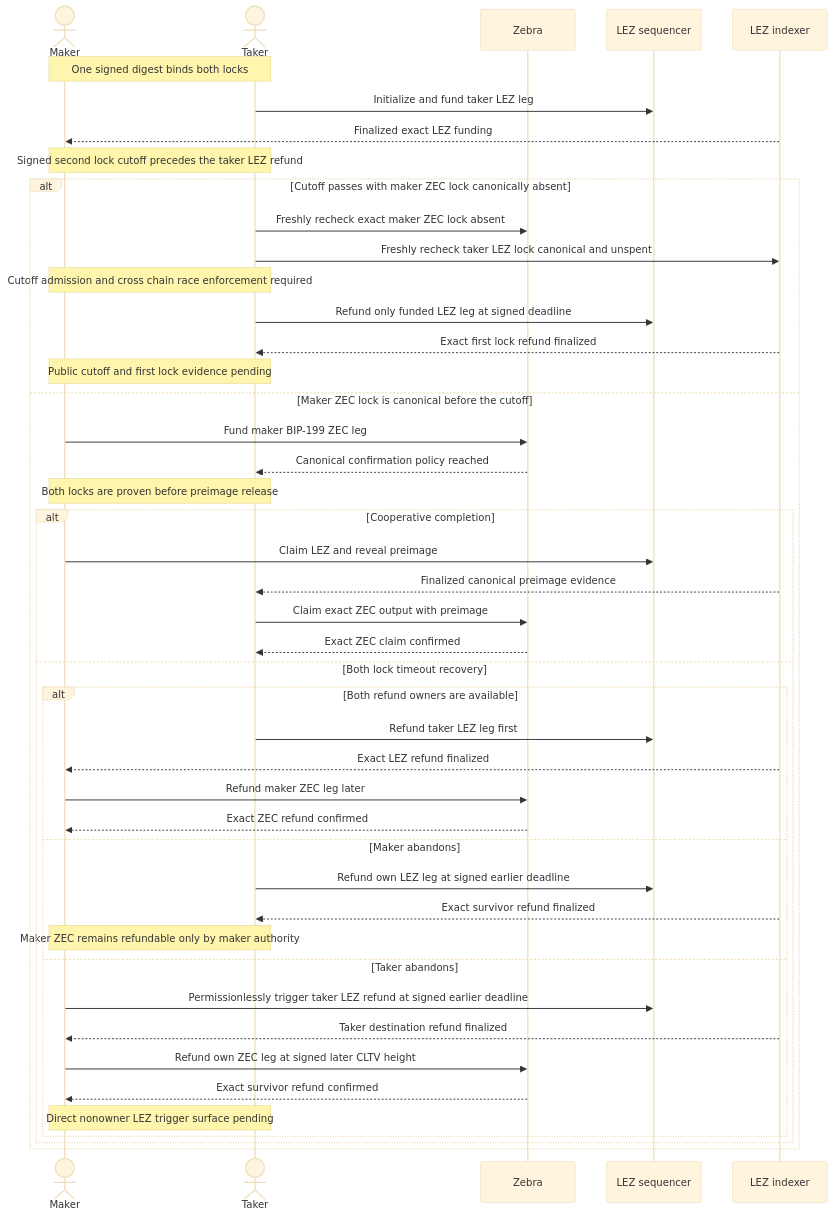
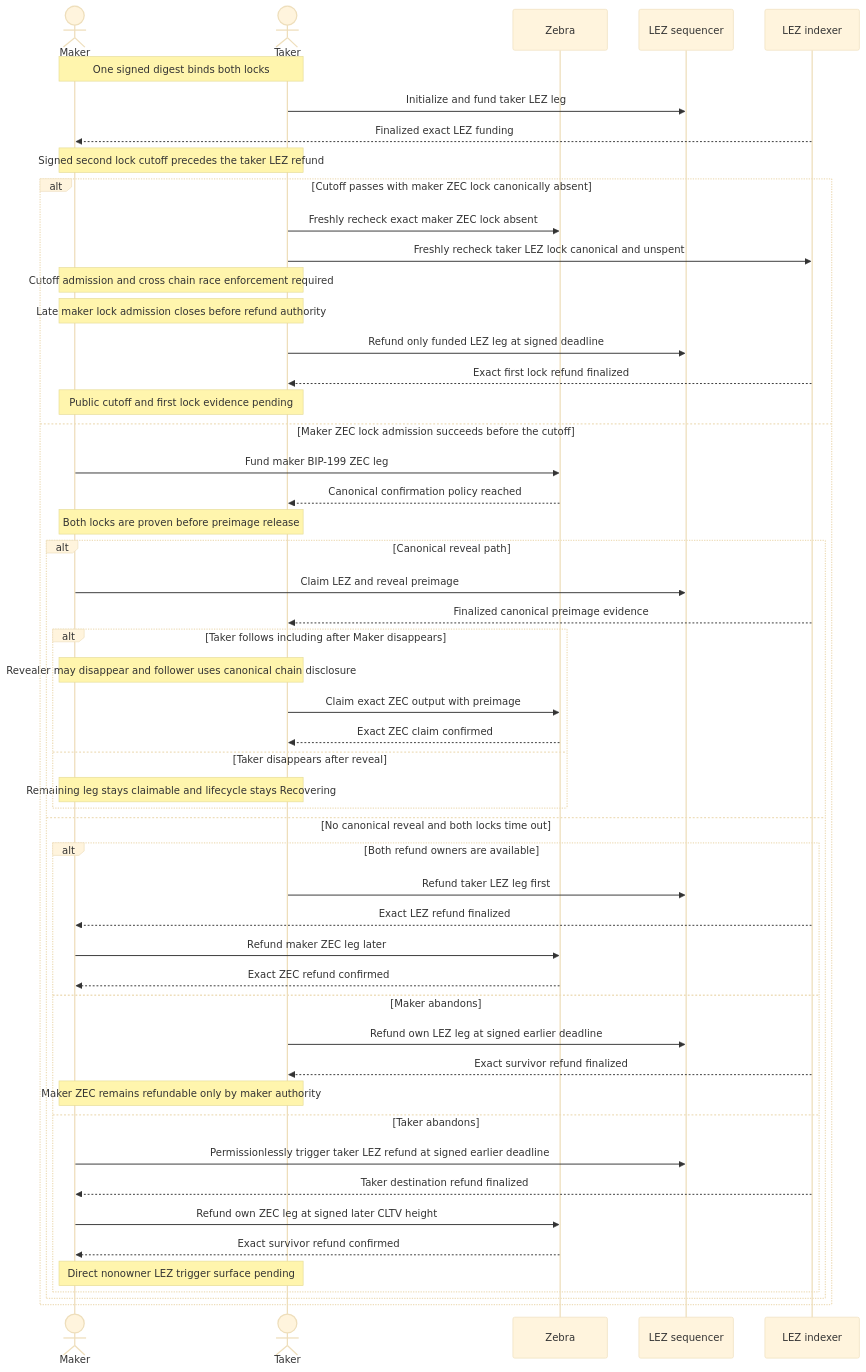
Diagram 15 of 21 in docs/architecture/system-architecture.md (gateway-fm/lez-atomic-swaps), drawn with Mermaid (base theme) before and after one commit. The commit also changed other lines of this file and 25 other files, not shown here.

Commit message:
feat: gate first-lock recovery on canonical absence

````diff
--- a/docs/architecture/system-architecture.md
+++ b/docs/architecture/system-architecture.md
@@ -1434,48 +1486,54 @@
 ```mermaid
 sequenceDiagram
     actor Maker
     actor Taker
     participant Zebra as Zebra
     participant LezSeq as LEZ sequencer
     participant LezIdx as LEZ indexer
 
     Note over Maker,Taker: One signed digest binds both locks
     Taker->>LezSeq: Initialize and fund taker LEZ leg
     LezIdx-->>Maker: Finalized exact LEZ funding
     Note over Maker,Taker: Signed second lock cutoff precedes the taker LEZ refund
     alt Cutoff passes with maker ZEC lock canonically absent
         Taker->>Zebra: Freshly recheck exact maker ZEC lock absent
         Taker->>LezIdx: Freshly recheck taker LEZ lock canonical and unspent
         Note over Maker,Taker: Cutoff admission and cross chain race enforcement required
+        Note over Maker,Taker: Late maker lock admission closes before refund authority
         Taker->>LezSeq: Refund only funded LEZ leg at signed deadline
         LezIdx-->>Taker: Exact first lock refund finalized
         Note over Maker,Taker: Public cutoff and first lock evidence pending
-    else Maker ZEC lock is canonical before the cutoff
+    else Maker ZEC lock admission succeeds before the cutoff
         Maker->>Zebra: Fund maker BIP-199 ZEC leg
         Zebra-->>Taker: Canonical confirmation policy reached
         Note over Maker,Taker: Both locks are proven before preimage release
-        alt Cooperative completion
+        alt Canonical reveal path
             Maker->>LezSeq: Claim LEZ and reveal preimage
             LezIdx-->>Taker: Finalized canonical preimage evidence
-            Taker->>Zebra: Claim exact ZEC output with preimage
-            Zebra-->>Taker: Exact ZEC claim confirmed
-        else Both lock timeout recovery
+            alt Taker follows including after Maker disappears
+                Note over Maker,Taker: Revealer may disappear and follower uses canonical chain disclosure
+                Taker->>Zebra: Claim exact ZEC output with preimage
+                Zebra-->>Taker: Exact ZEC claim confirmed
+            else Taker disappears after reveal
+                Note over Maker,Taker: Remaining leg stays claimable and lifecycle stays Recovering
+            end
+        else No canonical reveal and both locks time out
             alt Both refund owners are available
                 Taker->>LezSeq: Refund taker LEZ leg first
                 LezIdx-->>Maker: Exact LEZ refund finalized
                 Maker->>Zebra: Refund maker ZEC leg later
                 Zebra-->>Maker: Exact ZEC refund confirmed
             else Maker abandons
                 Taker->>LezSeq: Refund own LEZ leg at signed earlier deadline
                 LezIdx-->>Taker: Exact survivor refund finalized
                 Note over Maker,Taker: Maker ZEC remains refundable only by maker authority
             else Taker abandons
                 Maker->>LezSeq: Permissionlessly trigger taker LEZ refund at signed earlier deadline
                 LezIdx-->>Maker: Taker destination refund finalized
                 Maker->>Zebra: Refund own ZEC leg at signed later CLTV height
                 Zebra-->>Maker: Exact survivor refund confirmed
                 Note over Maker,Taker: Direct nonowner LEZ trigger surface pending
             end
         end
     end
 ```
````
